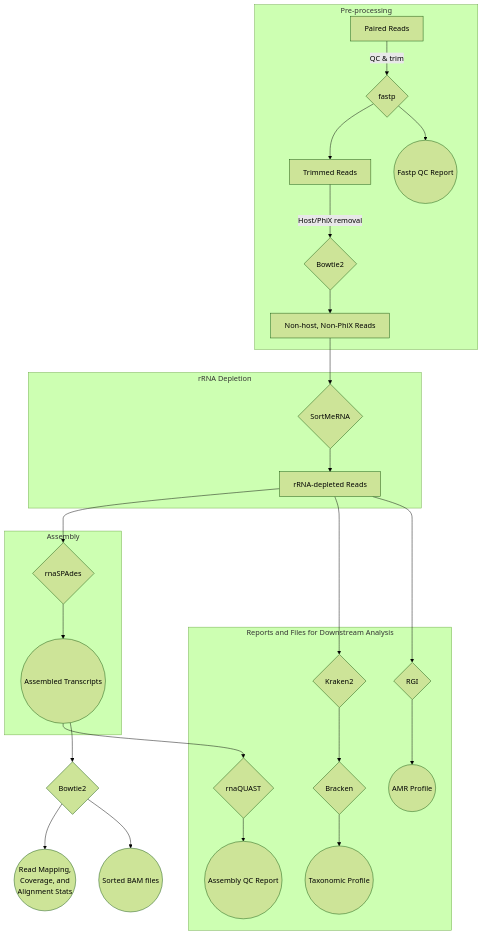
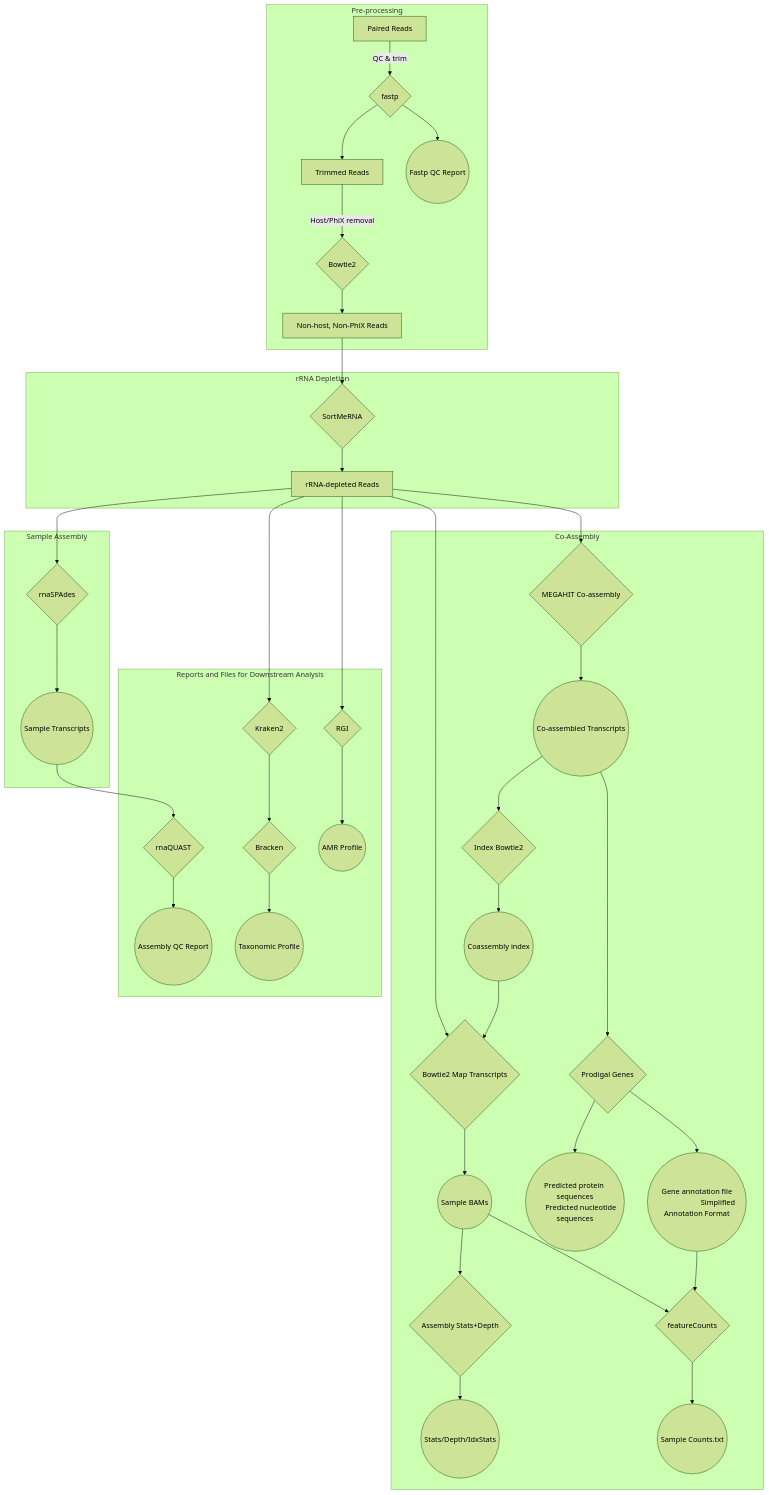
Before and after one commit to AAFC-Bioinfo-AAC/metatranscriptomics-snakemake: the diagram in README.md, drawn with Mermaid (forest theme). The commit also changed other lines of this file and 1 other file, not shown here.

````diff
--- a/README.md
+++ b/README.md
@@ -57,40 +57,64 @@
  ```mermaid
  flowchart TD
     %% Title
     %% Metatranscriptome Assembly and Analysis Pipeline
 
     subgraph PREPROC [Pre-processing]
         A[Paired Reads] -->|QC & trim| B{fastp}
         B --> C[Trimmed Reads]
         B --> L((Fastp QC Report))
         C -->|Host/PhiX removal| D{Bowtie2}
         D --> E[Non-host, Non-PhiX Reads]
     end
 
     subgraph DEPLETION [rRNA Depletion]
         E --> F{SortMeRNA}
         F --> G[rRNA-depleted Reads]
     end
 
-    subgraph ASSEMBLY [Assembly]
+    subgraph COASSEMBLY [Co-Assembly]
+        %% megahit_coassembly rule
+        G --> MH{MEGAHIT Co-assembly}
+        MH --> FA((Co-assembled Transcripts))
+
+        %% index_coassembly rule
+        FA --> IB{Index Bowtie2}
+        IB --> IB1((Coassembly index))
+
+        %% bowtie2_map_transcripts rule (per-sample mapping)
+        IB1 --> BT2{Bowtie2 Map Transcripts}
+        G --> BT2
+        BT2 --> BAM((Sample BAMs))
+
+        %% assembly_stats_depth rule (per-sample)
+        BAM --> STATS{Assembly Stats+Depth}
+        STATS --> STATSOUT((Stats/Depth/IdxStats))
+
+        %% prodigal_genes rule
+        FA --> PG{Prodigal Genes}
+        PG --> PROD_OUTS1((Predicted protein sequences
+        Predicted nucleotide sequences))
+        PG --> PROD_OUTS2((Gene annotation file
+                        Simplified Annotation Format))
+
+        %% featurecounts rule (per-sample)
+        PROD_OUTS2 --> FC{featureCounts}
+        BAM --> FC
+        FC --> FCT((Sample Counts.txt))
+    end
+
+    subgraph ASSEMBLY [Sample Assembly]
         G --> H{rnaSPAdes}
-        H --> I((Assembled Transcripts))
+        H --> I((Sample Transcripts))
     end
 
     subgraph QC_REPORTS [Reports and Files for Downstream Analysis]
         I --> S{rnaQUAST}
         S --> U((Assembly QC Report))
         G --> M{Kraken2}
         M --> N{Bracken}
         N --> O((Taxonomic Profile))
         G --> W{RGI}
         W --> Q((AMR Profile))
     end
-
-    %% Optional transition from assembled transcripts back to Bowtie2 mapping (read support check)
-    I --> T{Bowtie2}
-    T --> V((Read Mapping, 
-            Coverage, and
-            Alignment Stats))
-    T --> X((Sorted BAM files))
 ```
````
